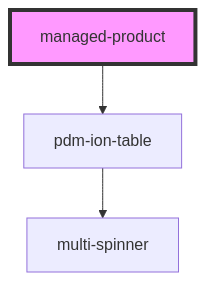
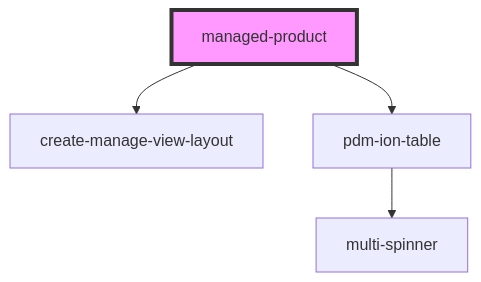
One commit to PharmaLedger-IMI/fgt-workspace changed the diagram in pdm-web-components/src/components/managed-product/readme.md. Above: the diagram before and after it, drawn with Mermaid. The commit also changed other lines of this file and 20 other files, not shown here.

````diff
--- a/pdm-web-components/src/components/managed-product/readme.md
+++ b/pdm-web-components/src/components/managed-product/readme.md
@@ -57,6 +58,7 @@
 ```mermaid
 graph TD;
+  managed-product --> create-manage-view-layout
   managed-product --> pdm-ion-table
   pdm-ion-table --> multi-spinner
   style managed-product fill:#f9f,stroke:#333,stroke-width:4px
 ```
````
